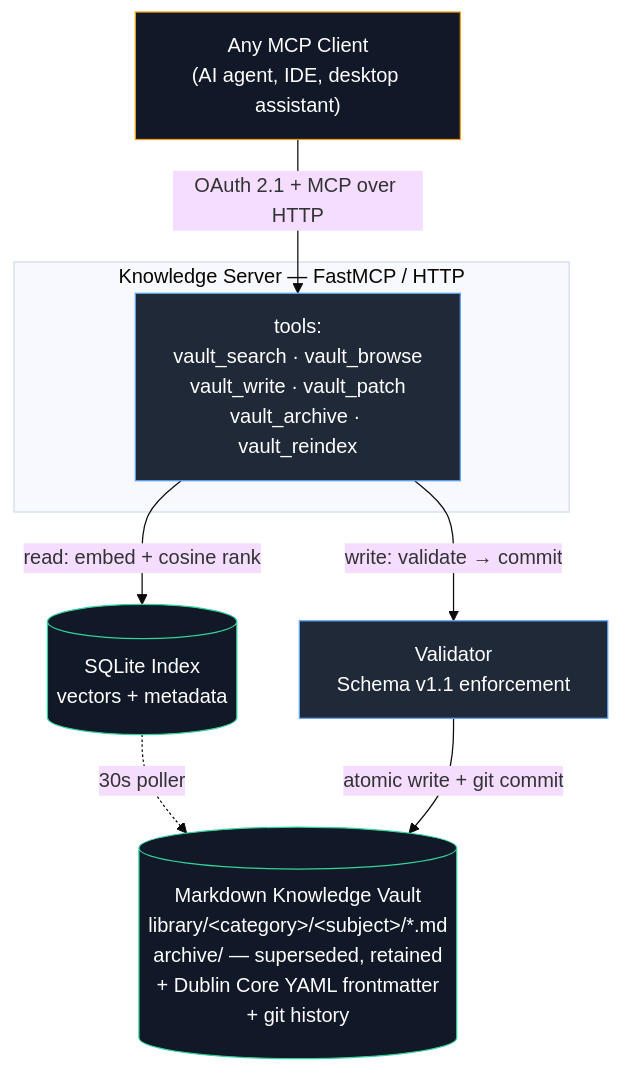
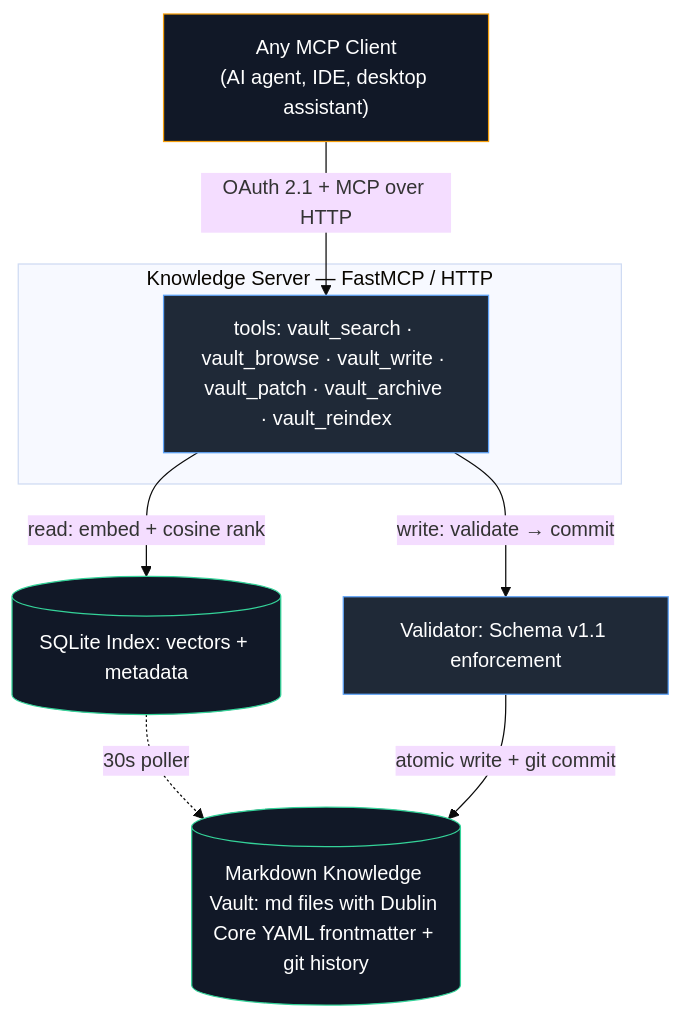
One commit to rossblanchard/knowledge-server-public changed the first of 2 diagrams in README.md. Above: the diagram before and after it, drawn with Mermaid (base theme). The commit also changed other lines of this file, not shown here.

First line of the commit message:
README: new intro, simplified diagram label text

````diff
--- a/README.md
+++ b/README.md
@@ -57,26 +88,26 @@
 ```mermaid
 flowchart TD
     Client["Any MCP Client<br/>(AI agent, IDE, desktop assistant)"]
 
     subgraph KS["Knowledge Server — FastMCP / HTTP"]
-        Tools["tools:<br/>vault_search · vault_browse<br/>vault_write · vault_patch<br/>vault_archive · vault_reindex"]
+        Tools["tools: vault_search · vault_browse · vault_write · vault_patch · vault_archive · vault_reindex"]
     end
 
-    Index[("SQLite Index<br/>vectors + metadata")]
-    Validator["Validator<br/>Schema v1.1 enforcement"]
-    Vault[("Markdown Knowledge Vault<br/>library/&lt;category&gt;/&lt;subject&gt;/*.md<br/>archive/ — superseded, retained<br/>+ Dublin Core YAML frontmatter<br/>+ git history")]
+    Index[("SQLite Index: vectors + metadata")]
+    Validator["Validator: Schema v1.1 enforcement"]
+    Vault[("Markdown Knowledge Vault: md files with Dublin Core YAML frontmatter + git history")]
 
     Client -- "OAuth 2.1 + MCP over HTTP" --> Tools
     Tools -- "read: embed + cosine rank" --> Index
     Tools -- "write: validate → commit" --> Validator
     Index -. "30s poller" .-> Vault
     Validator -- "atomic write + git commit" --> Vault
 
     classDef server fill:#1f2937,stroke:#60a5fa,color:#fff
     classDef store fill:#111827,stroke:#34d399,color:#fff
     classDef client fill:#111827,stroke:#f59e0b,color:#fff
 
     class Client client
     class Tools,Validator server
     class Index,Vault store
 ```
````
